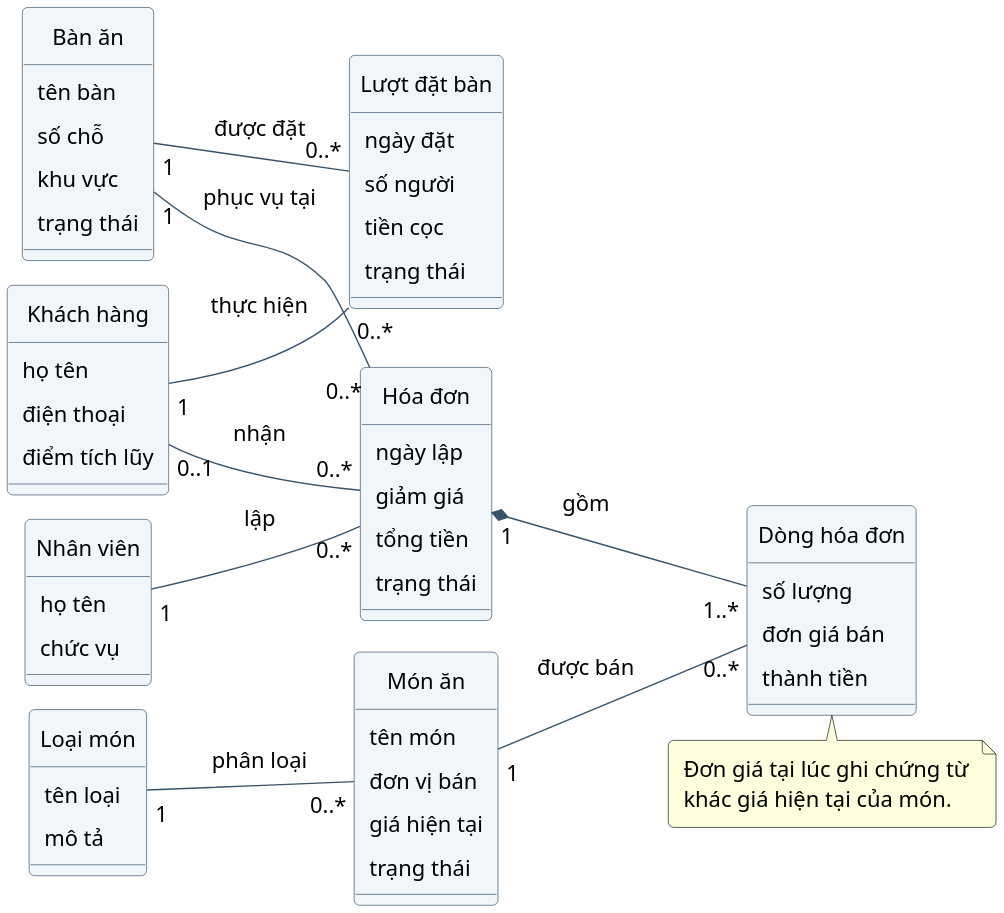
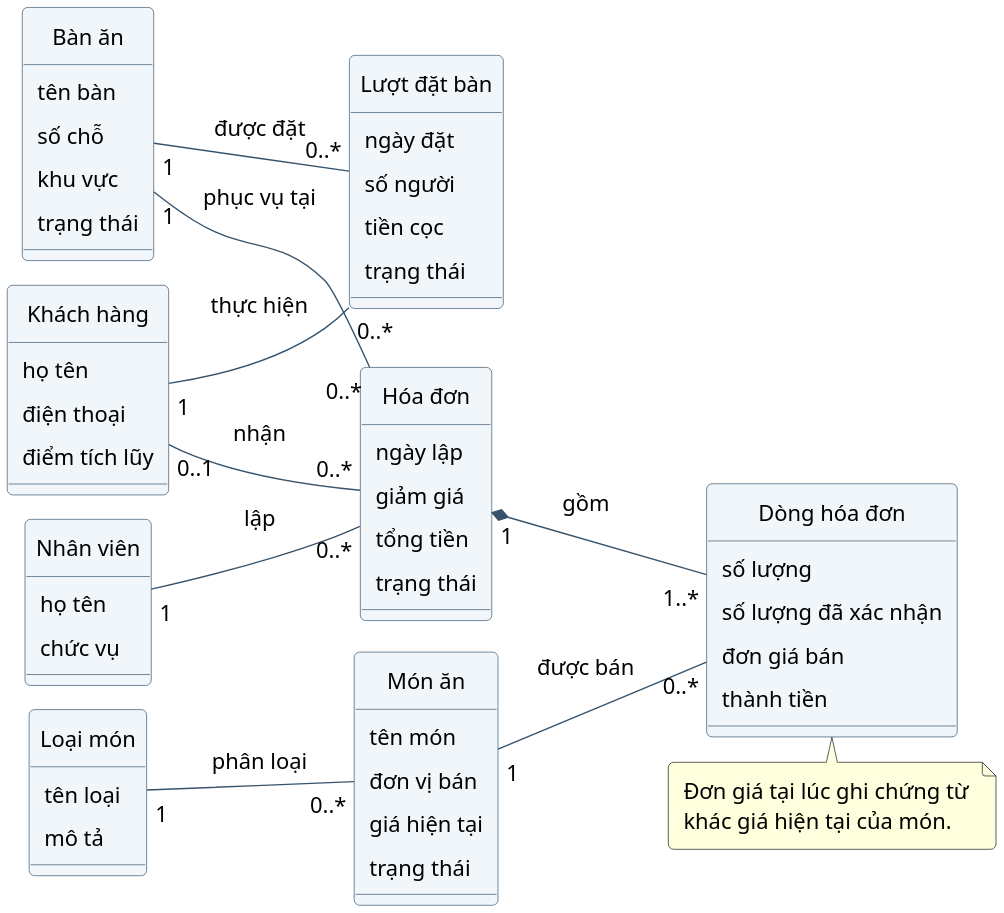
Before and after one commit to hoangbelike2004/QuanLyNHHS: the diagram in BaoCao_PTTKHDoiTuong/so_do/02_khai_niem_ban_hang.puml, drawn with PlantUML. The commit also changed 96 other files, not shown here.

```diff
--- a/BaoCao_PTTKHDoiTuong/so_do/02_khai_niem_ban_hang.puml
+++ b/BaoCao_PTTKHDoiTuong/so_do/02_khai_niem_ban_hang.puml
@@ -1,75 +1,75 @@
 @startuml
 !pragma layout smetana
 skinparam defaultFontName Arial
 skinparam defaultFontSize 16
 skinparam dpi 180
 skinparam backgroundColor white
 skinparam shadowing false
 skinparam roundcorner 8
 skinparam ArrowColor #37536B
 skinparam classBackgroundColor #F0F6FA
 skinparam classBorderColor #37536B
 skinparam usecaseBackgroundColor #F0F6FA
 skinparam packageBackgroundColor #FFFFFF
 skinparam sequenceParticipantBackgroundColor #EDF4F8
 skinparam sequenceLifeLineBorderColor #78909C
 skinparam sequenceMessageAlign center
 skinparam padding 5
 hide circle
 left to right direction
 class "Khách hàng" as KH {
  họ tên
  điện thoại
  điểm tích lũy
 }
 class "Lượt đặt bàn" as DB {
  ngày đặt
  số người
  tiền cọc
  trạng thái
 }
 class "Bàn ăn" as BA {
  tên bàn
  số chỗ
  khu vực
  trạng thái
 }
 class "Nhân viên" as NV {
  họ tên
  chức vụ
 }
 class "Hóa đơn" as HD {
  ngày lập
  giảm giá
  tổng tiền
  trạng thái
 }
 class "Dòng hóa đơn" as CT {
  số lượng
+ số lượng đã xác nhận
  đơn giá bán
  thành tiền
 }
 class "Món ăn" as MA {
  tên món
  đơn vị bán
  giá hiện tại
  trạng thái
 }
 class "Loại món" as LM {
  tên loại
  mô tả
 }
 KH "1" -- "0..*" DB : thực hiện
 BA "1" -- "0..*" DB : được đặt
 KH "0..1" -- "0..*" HD : nhận
 BA "1" -- "0..*" HD : phục vụ tại
 NV "1" -- "0..*" HD : lập
 HD "1" *-- "1..*" CT : gồm
 MA "1" -- "0..*" CT : được bán
 LM "1" -- "0..*" MA : phân loại
 note bottom of CT
 Đơn giá tại lúc ghi chứng từ
 khác giá hiện tại của món.
 end note
-
 @enduml
```
